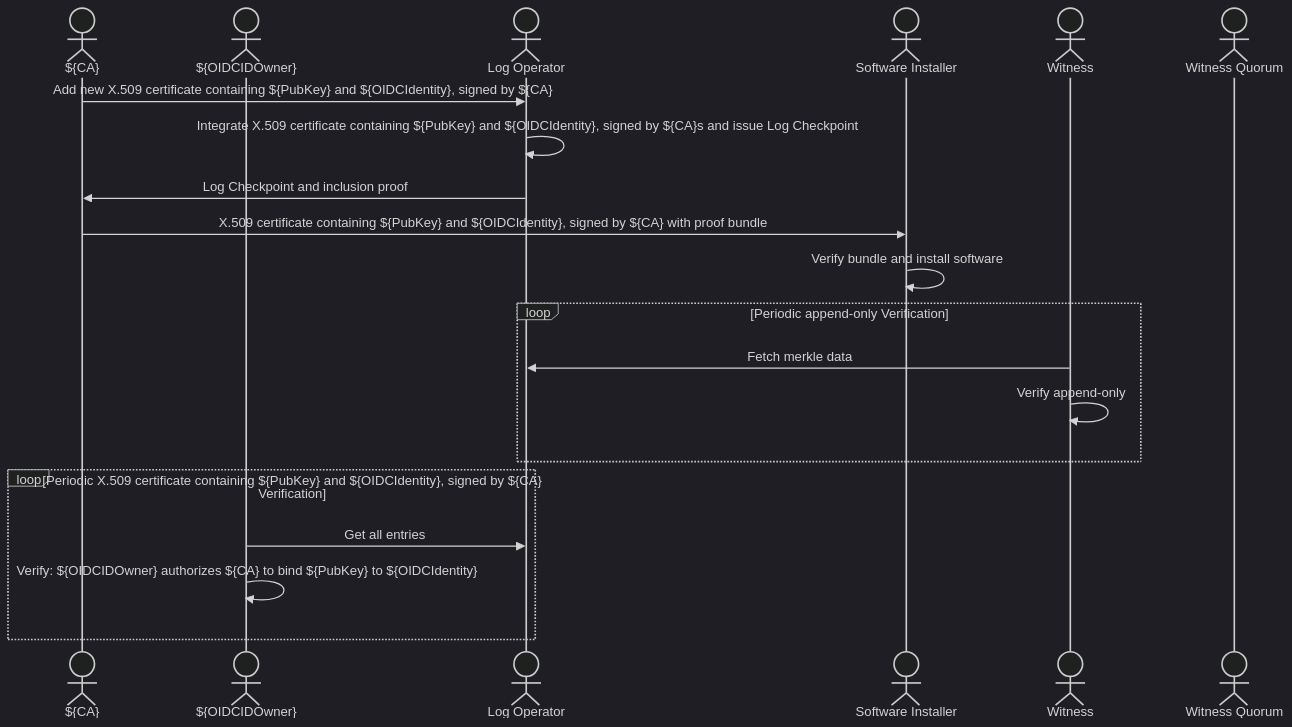
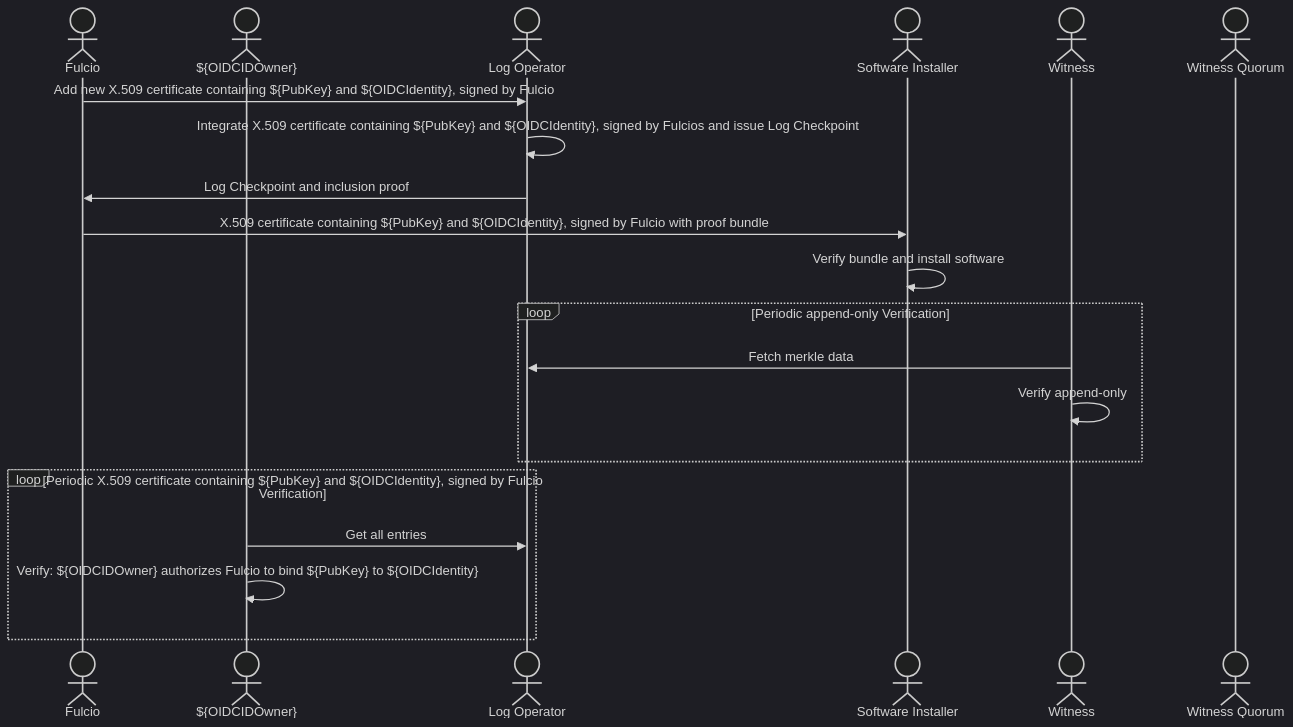
The diagram in docs/claimantmodel/fulcio/identity/logsequence.md (sigstore/community), drawn with Mermaid (dark theme) before and after one commit. The commit also changed other lines of this file and 20 other files, not shown here.

````diff
--- a/docs/claimantmodel/fulcio/identity/logsequence.md
+++ b/docs/claimantmodel/fulcio/identity/logsequence.md
@@ -1,22 +4,22 @@
 ```mermaid
 sequenceDiagram
-    actor ${CA}
+    actor Fulcio
     actor ${OIDCIDOwner}
     actor Log Operator
     actor Software Installer
     actor Witness
     actor Witness Quorum
-    ${CA}->>Log Operator: Add new X.509 certificate containing ${PubKey} and ${OIDCIdentity}, signed by ${CA}
-    Log Operator->>Log Operator: Integrate X.509 certificate containing ${PubKey} and ${OIDCIdentity}, signed by ${CA}s and issue Log Checkpoint
-    Log Operator->>${CA}: Log Checkpoint and inclusion proof
-    ${CA}->>Software Installer: X.509 certificate containing ${PubKey} and ${OIDCIdentity}, signed by ${CA} with proof bundle
+    Fulcio->>Log Operator: Add new X.509 certificate containing ${PubKey} and ${OIDCIdentity}, signed by Fulcio
+    Log Operator->>Log Operator: Integrate X.509 certificate containing ${PubKey} and ${OIDCIdentity}, signed by Fulcios and issue Log Checkpoint
+    Log Operator->>Fulcio: Log Checkpoint and inclusion proof
+    Fulcio->>Software Installer: X.509 certificate containing ${PubKey} and ${OIDCIdentity}, signed by Fulcio with proof bundle
     Software Installer->>Software Installer: Verify bundle and install software
     loop Periodic append-only Verification
         Witness->>Log Operator: Fetch merkle data
         Witness->>Witness: Verify append-only
     end
-    loop Periodic X.509 certificate containing ${PubKey} and ${OIDCIdentity}, signed by ${CA} Verification
+    loop Periodic X.509 certificate containing ${PubKey} and ${OIDCIdentity}, signed by Fulcio Verification
         ${OIDCIDOwner}->>Log Operator: Get all entries
-        ${OIDCIDOwner}->>${OIDCIDOwner}: Verify: ${OIDCIDOwner} authorizes ${CA} to bind ${PubKey} to ${OIDCIdentity}
+        ${OIDCIDOwner}->>${OIDCIDOwner}: Verify: ${OIDCIDOwner} authorizes Fulcio to bind ${PubKey} to ${OIDCIdentity}
     end
 ```
````
